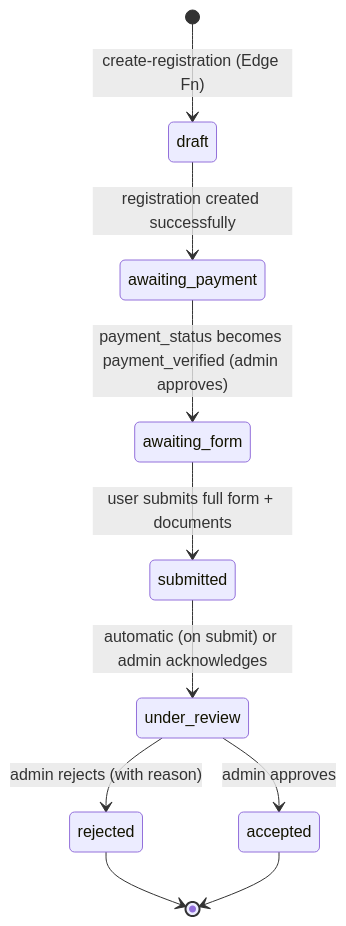
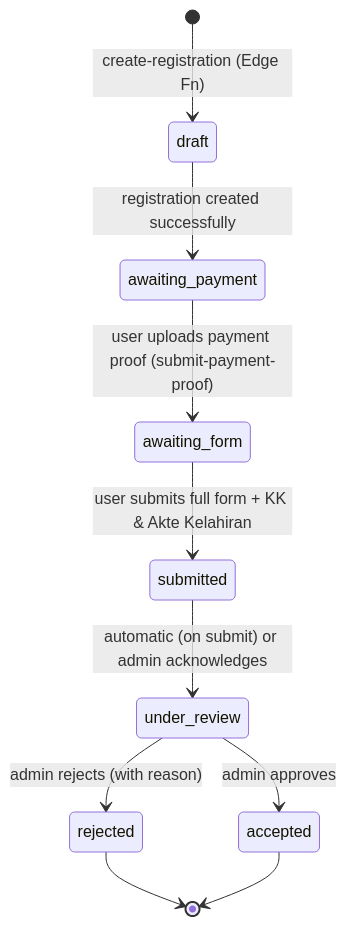
One commit to muharitss/ppdb-taud-abu-ayyub changed the first of 2 diagrams in specs/05-business-workflows.md. Above: the diagram before and after it, drawn with Mermaid. The commit also changed other lines of this file and 50 other files, not shown here.

````diff
--- a/specs/05-business-workflows.md
+++ b/specs/05-business-workflows.md
@@ -7,18 +7,18 @@
 ```mermaid
 stateDiagram-v2
     [*] --> draft : create-registration (Edge Fn)
 
     draft --> awaiting_payment : registration created successfully
 
-    awaiting_payment --> awaiting_form : payment_status becomes payment_verified (admin approves)
+    awaiting_payment --> awaiting_form : user uploads payment proof (submit-payment-proof)
 
-    awaiting_form --> submitted : user submits full form + documents
+    awaiting_form --> submitted : user submits full form + KK & Akte Kelahiran
 
     submitted --> under_review : automatic (on submit) or admin acknowledges
 
     under_review --> accepted : admin approves
     under_review --> rejected : admin rejects (with reason)
 
     rejected --> [*]
     accepted --> [*]
 ```
````
